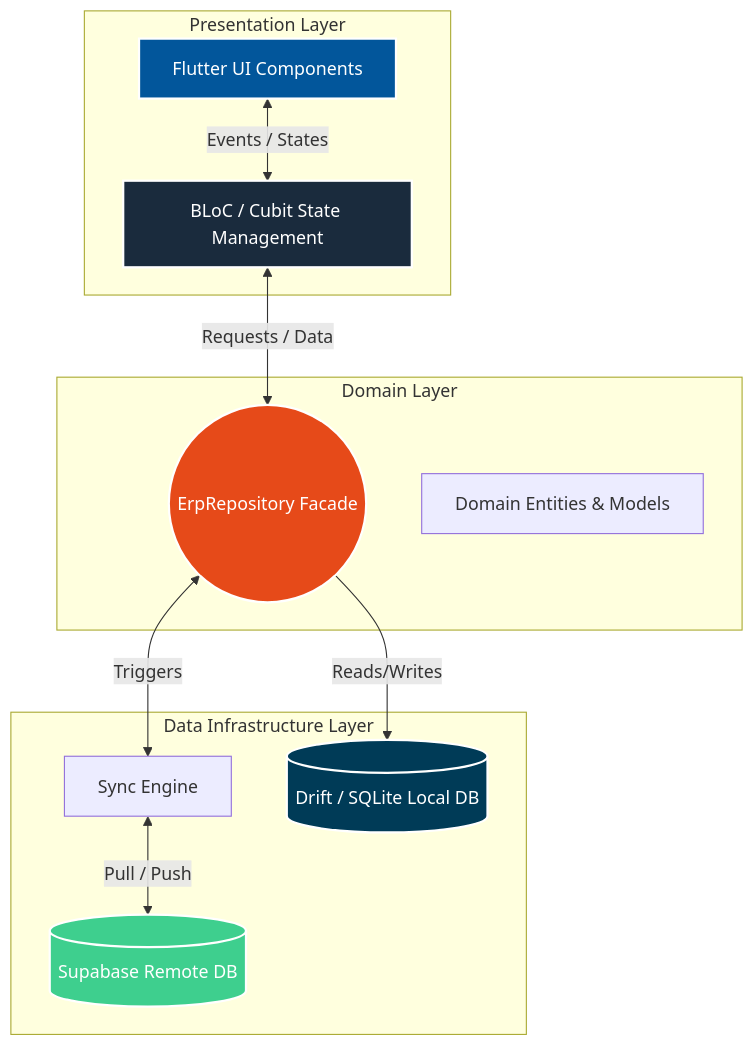
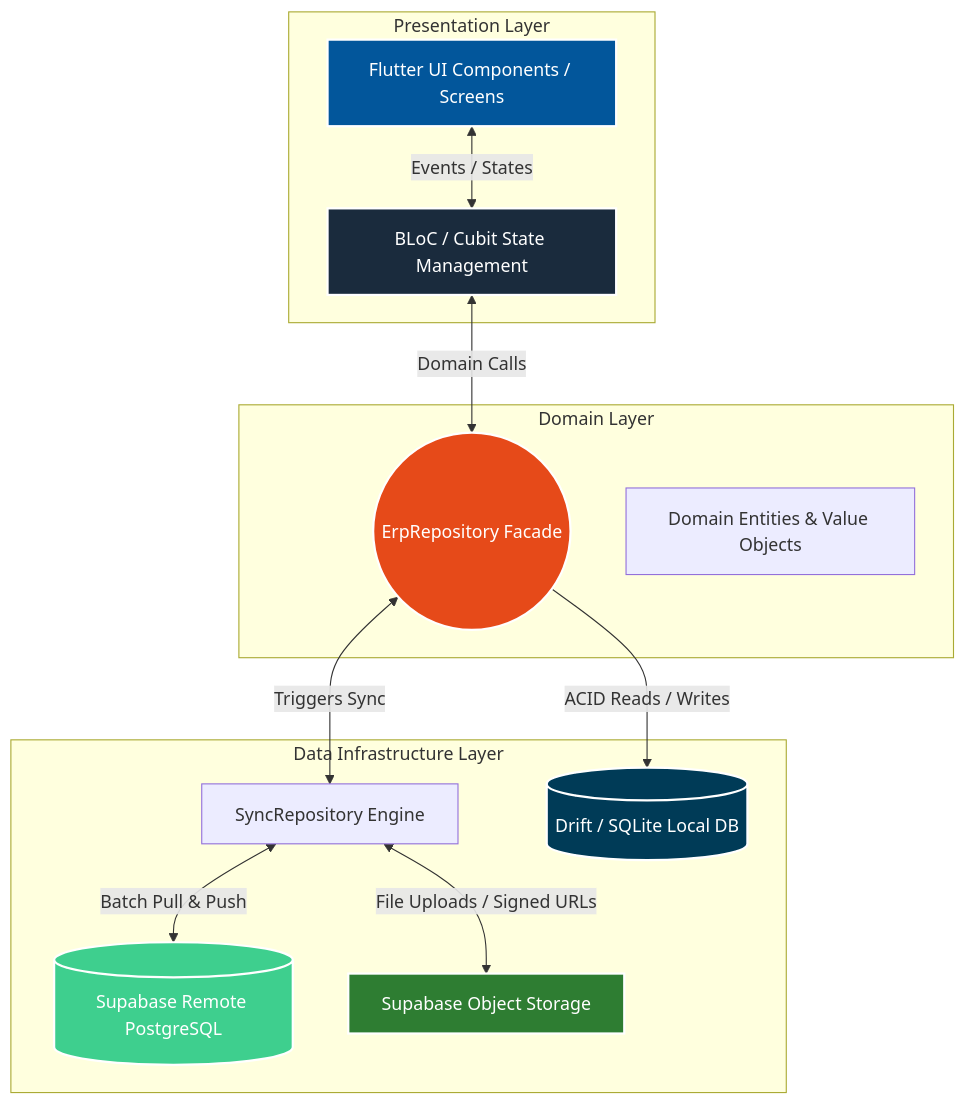
One commit to abbassatour/SakanOS changed the diagram in README.md. Above: the diagram before and after it, drawn with Mermaid. The commit also changed other lines of this file, not shown here.

````diff
--- a/README.md
+++ b/README.md
@@ -209,30 +40,33 @@
 ```mermaid
 graph TD
     subgraph Presentation Layer
-        UI[Flutter UI Components]
+        UI[Flutter UI Components / Screens]
         BLoC[BLoC / Cubit State Management]
     end
 
     subgraph Domain Layer
         ERP_REPO((ErpRepository Facade))
-        Models[Domain Entities & Models]
+        DomainModels[Domain Entities & Value Objects]
     end
 
     subgraph Data Infrastructure Layer
-        SYNC[Sync Engine]
+        SYNC[SyncRepository Engine]
         LOCAL[(Drift / SQLite Local DB)]
-        CLOUD[(Supabase Remote DB)]
+        CLOUD[(Supabase Remote PostgreSQL)]
+        STORAGE[Supabase Object Storage]
     end
 
     UI <--> |Events / States| BLoC
-    BLoC <--> |Requests / Data| ERP_REPO
-    ERP_REPO --> |Reads/Writes| LOCAL
-    ERP_REPO <--> |Triggers| SYNC
-    SYNC <--> |Pull / Push| CLOUD
-    
+    BLoC <--> |Domain Calls| ERP_REPO
+    ERP_REPO --> |ACID Reads / Writes| LOCAL
+    ERP_REPO <--> |Triggers Sync| SYNC
+    SYNC <--> |Batch Pull & Push| CLOUD
+    SYNC <--> |File Uploads / Signed URLs| STORAGE
+
     style UI fill:#02569B,stroke:#fff,stroke-width:2px,color:#fff
     style BLoC fill:#1A2B3D,stroke:#fff,stroke-width:2px,color:#fff
     style ERP_REPO fill:#E64A19,stroke:#fff,stroke-width:2px,color:#fff
     style LOCAL fill:#003B57,stroke:#fff,stroke-width:2px,color:#fff
     style CLOUD fill:#3ECF8E,stroke:#fff,stroke-width:2px,color:#fff
+    style STORAGE fill:#2E7D32,stroke:#fff,stroke-width:2px,color:#fff
 ```
````
